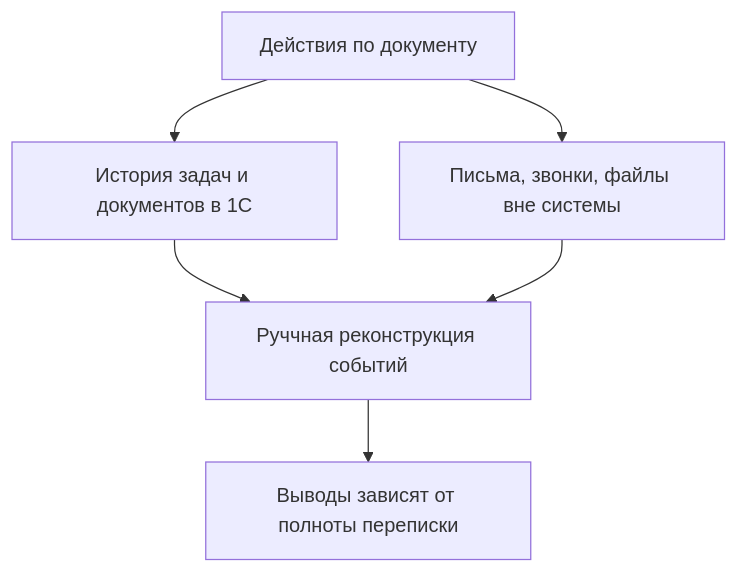
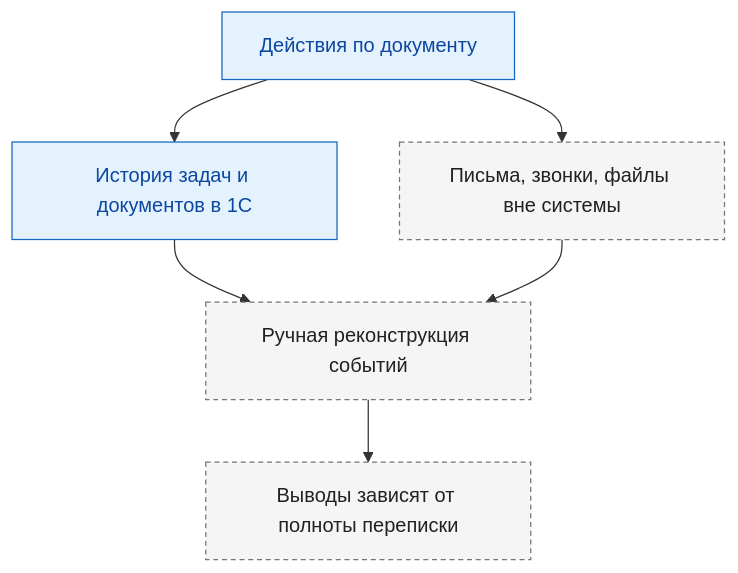
The ninth of 16 diagrams in docs/process-diagrams.md (igorvolk1961/ai_scrivener), drawn with Mermaid before and after one commit. The commit also changed other lines of this file and 16 other files, not shown here.

First line of the commit message:
Reorganize docs, add C4 model and color process diagrams

````diff
--- a/docs/process-diagrams.md
+++ b/docs/process-diagrams.md
@@ -237,8 +321,12 @@
 ```mermaid
 flowchart TD
   A["Действия по документу"] --> B["История задач и документов в 1С"]
   A --> C["Письма, звонки, файлы вне системы"]
-  B --> D["Руччная реконструкция событий"]
+  B --> D["Ручная реконструкция событий"]
   C --> D
   D --> E["Выводы зависят от полноты переписки"]
+  classDef base fill:#E3F2FD,stroke:#1565C0,color:#0D47A1
+  classDef manual fill:#F5F5F5,stroke:#757575,color:#212121,stroke-dasharray: 4 3
+  class A,B base
+  class C,D,E manual
 ```
````
